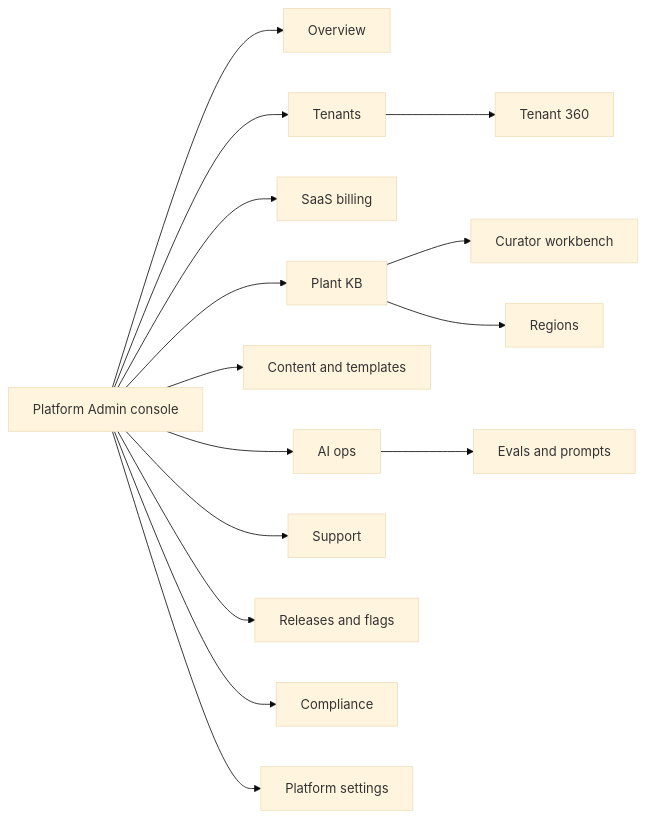
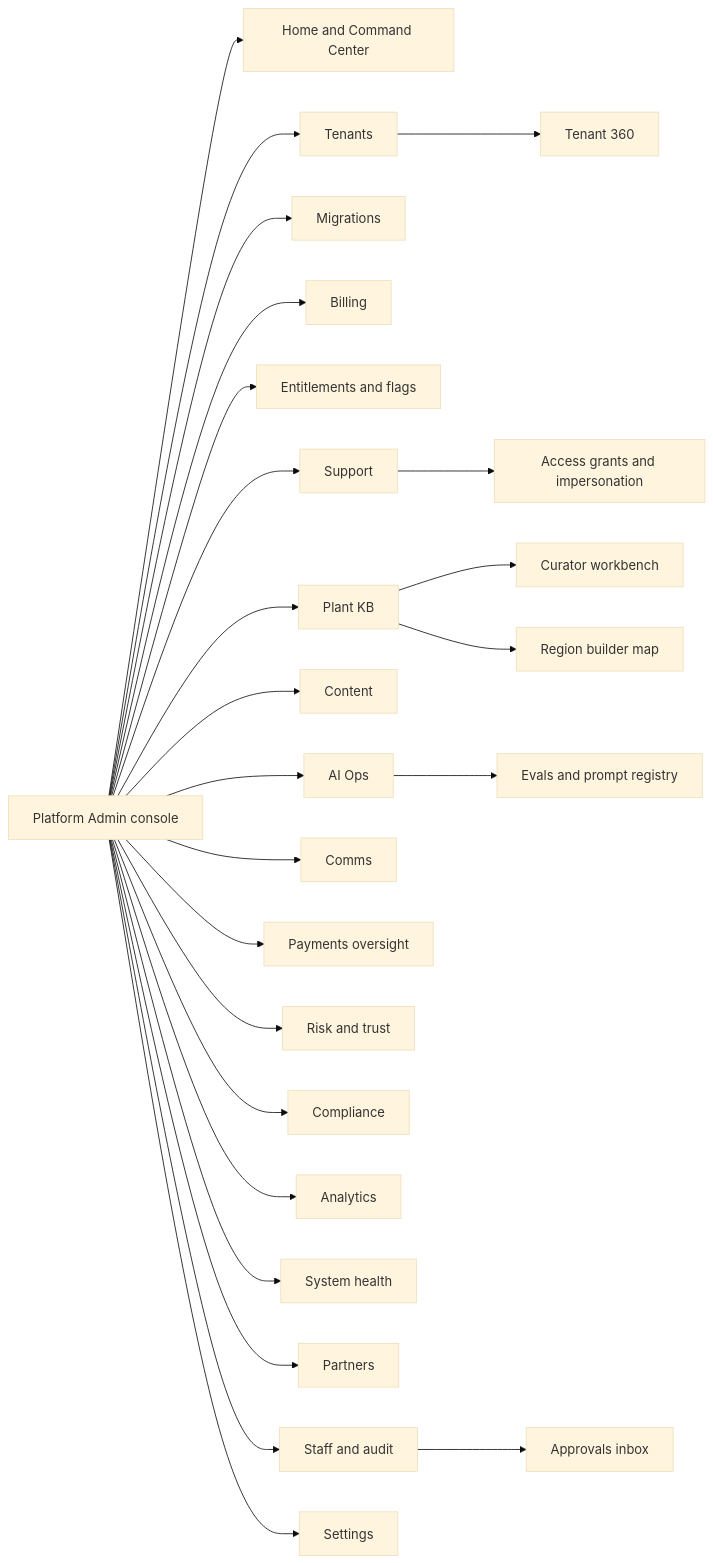
Before and after one commit to jdinard/landscape: the fourth of 12 diagrams in docs/21-ux-design-system-sitemaps.md, drawn with Mermaid (base theme). The commit also changed other lines of this file and 14 other files, not shown here.

First line of the commit message:
WIP: platform admin portal (19) and architecture (20) docs reviewed

````diff
--- a/docs/21-ux-design-system-sitemaps.md
+++ b/docs/21-ux-design-system-sitemaps.md
@@ -397,17 +397,27 @@
 ```mermaid
 flowchart LR
-  ADMIN["Platform Admin console"] --> A1["Overview"]
-  ADMIN --> A2["Tenants"]
-  ADMIN --> A3["SaaS billing"]
-  ADMIN --> A4["Plant KB"]
-  ADMIN --> A5["Content and templates"]
-  ADMIN --> A6["AI ops"]
-  ADMIN --> A7["Support"]
-  ADMIN --> A8["Releases and flags"]
-  ADMIN --> A9["Compliance"]
-  ADMIN --> A10["Platform settings"]
-  A2 --> TEN["Tenant 360"]
-  A4 --> CUR["Curator workbench"]
-  A4 --> REG["Regions"]
-  A6 --> EVAL["Evals and prompts"]
+  ADMIN["Platform Admin console"] --> HOME["Home and Command Center"]
+  ADMIN --> TEN["Tenants"]
+  ADMIN --> MIG["Migrations"]
+  ADMIN --> BILL["Billing"]
+  ADMIN --> ENT["Entitlements and flags"]
+  ADMIN --> SUP["Support"]
+  ADMIN --> KB["Plant KB"]
+  ADMIN --> CON["Content"]
+  ADMIN --> AIO["AI Ops"]
+  ADMIN --> COMMS["Comms"]
+  ADMIN --> PAYO["Payments oversight"]
+  ADMIN --> RISK["Risk and trust"]
+  ADMIN --> COMP["Compliance"]
+  ADMIN --> ANA["Analytics"]
+  ADMIN --> SYS["System health"]
+  ADMIN --> PART["Partners"]
+  ADMIN --> STAFF["Staff and audit"]
+  ADMIN --> SETS["Settings"]
+  TEN --> T360["Tenant 360"]
+  KB --> CUR["Curator workbench"]
+  KB --> REGMAP["Region builder map"]
+  AIO --> EVAL["Evals and prompt registry"]
+  SUP --> GRANT["Access grants and impersonation"]
+  STAFF --> APPR["Approvals inbox"]
 ```
````
